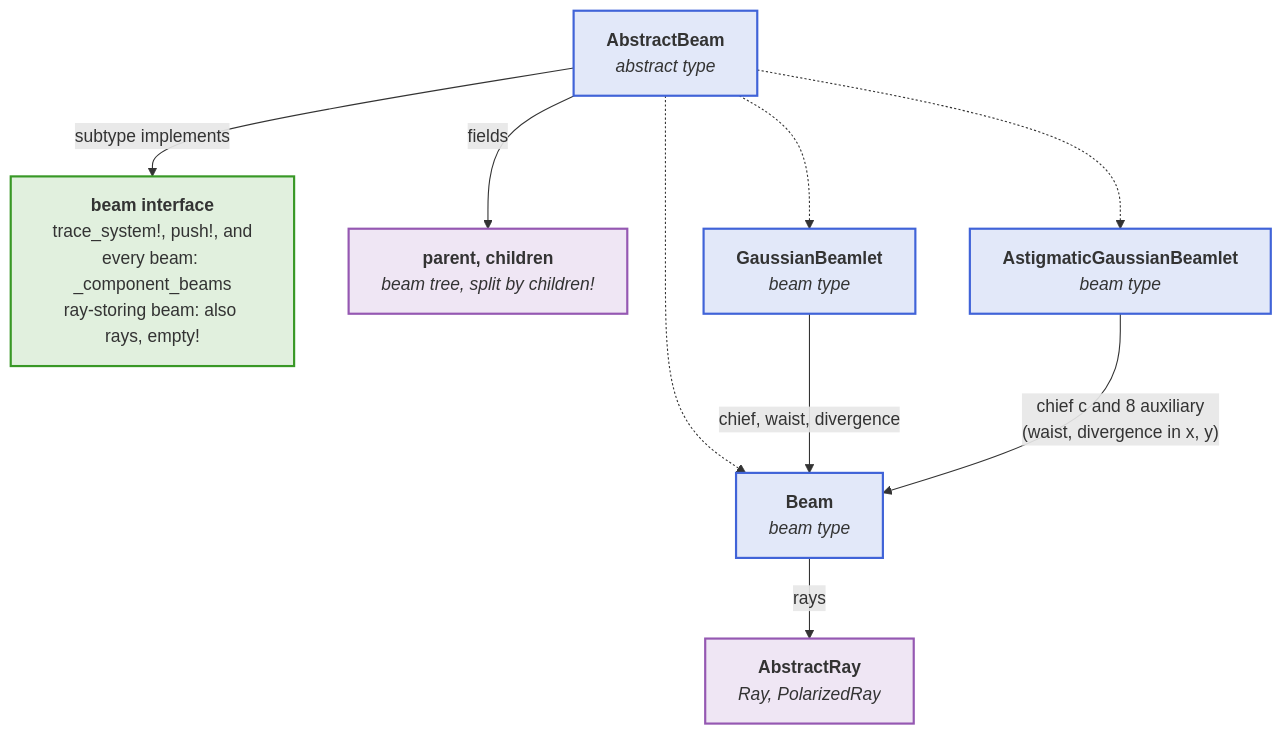
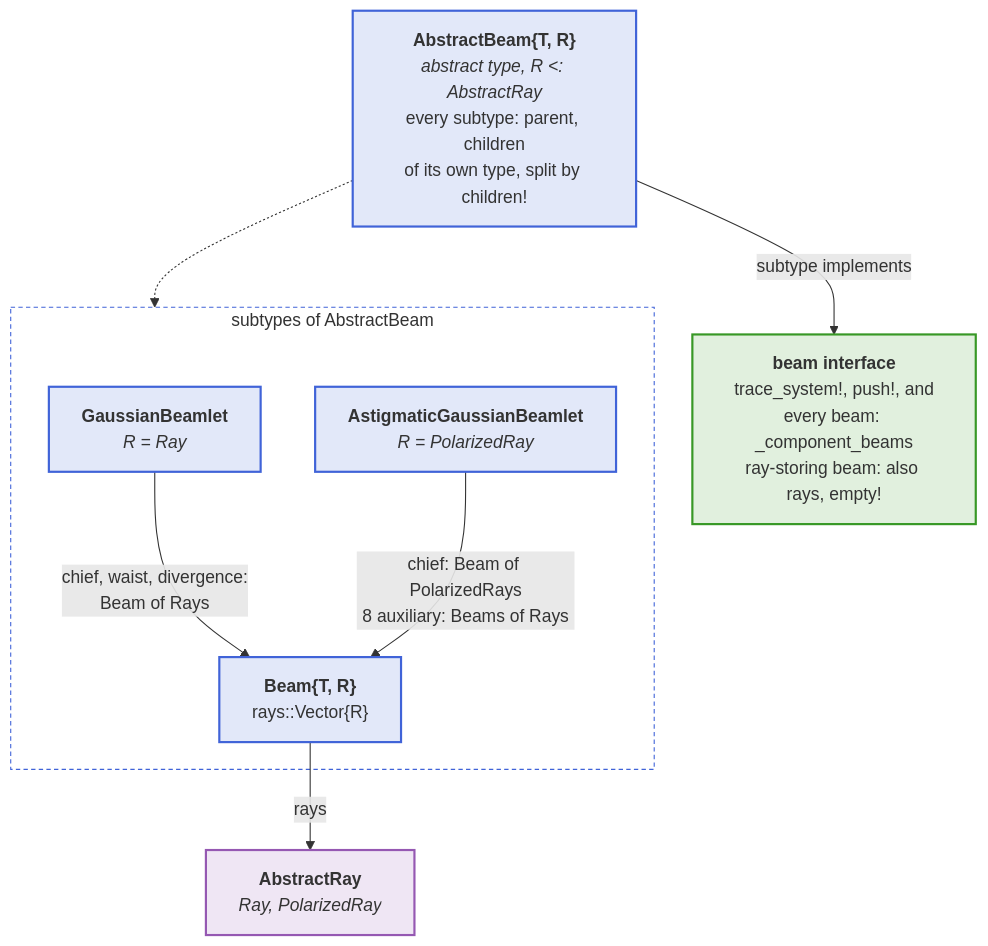
One commit to JuliaPhysics/BeamletOptics.jl changed the first of 4 diagrams in docs/src/api/beams.md. Above: the diagram before and after it, drawn with Mermaid. The commit also changed other lines of this file and 8 other files, not shown here.

First line of the commit message:
Docs: diagrams narrow and colored by group, rules in "Readable diagrams"

````diff
--- a/docs/src/api/beams.md
+++ b/docs/src/api/beams.md
@@ -9,26 +9,25 @@
 ```mermaid
 flowchart TB
-    ABS["<b>AbstractBeam</b><br/><i>abstract type</i>"]
+    ABS["<b>AbstractBeam{T, R}</b><br/><i>abstract type, R #lt;: AbstractRay</i><br/>every subtype: parent, children<br/>of its own type, split by children!"]
     IF["<b>beam interface</b><br/>trace_system!, push!, and<br/>every beam: _component_beams<br/>ray-storing beam: also rays, empty!"]
-    TREE["<b>parent, children</b><br/><i>beam tree, split by children!</i>"]
-    BM["<b>Beam</b><br/><i>beam type</i>"]
-    GB["<b>GaussianBeamlet</b><br/><i>beam type</i>"]
-    AGB["<b>AstigmaticGaussianBeamlet</b><br/><i>beam type</i>"]
+    subgraph SUB ["subtypes of AbstractBeam"]
+        GB["<b>GaussianBeamlet</b><br/><i>R = Ray</i>"]
+        AGB["<b>AstigmaticGaussianBeamlet</b><br/><i>R = PolarizedRay</i>"]
+        BM["<b>Beam{T, R}</b><br/>rays::Vector{R}"]
+    end
     RAY["<b>AbstractRay</b><br/><i>Ray, PolarizedRay</i>"]
 
+    ABS -.-> SUB
     ABS -- "subtype implements" --> IF
-    ABS -- fields --> TREE
-    ABS -.-> BM
-    ABS -.-> GB
-    ABS -.-> AGB
-    GB -- "chief, waist, divergence" --> BM
-    AGB -- "chief c and 8 auxiliary<br/>(waist, divergence in x, y)" --> BM
-    BM -- rays --> RAY
+    GB -- "chief, waist, divergence:<br/>Beam of Rays" --> BM
+    AGB -- "chief: Beam of PolarizedRays<br/>8 auxiliary: Beams of Rays" --> BM
+    BM -- "rays" --> RAY
 
     classDef blue fill:#4063D826,stroke:#4063D8,stroke-width:2px
     classDef green fill:#38982626,stroke:#389826,stroke-width:2px
     classDef purple fill:#9558B226,stroke:#9558B2,stroke-width:2px
     class ABS,BM,GB,AGB blue
     class IF green
-    class TREE,RAY purple
+    class RAY purple
+    style SUB fill:transparent,stroke:#4063D8,stroke-width:1px,stroke-dasharray:4 3
 ```
````
